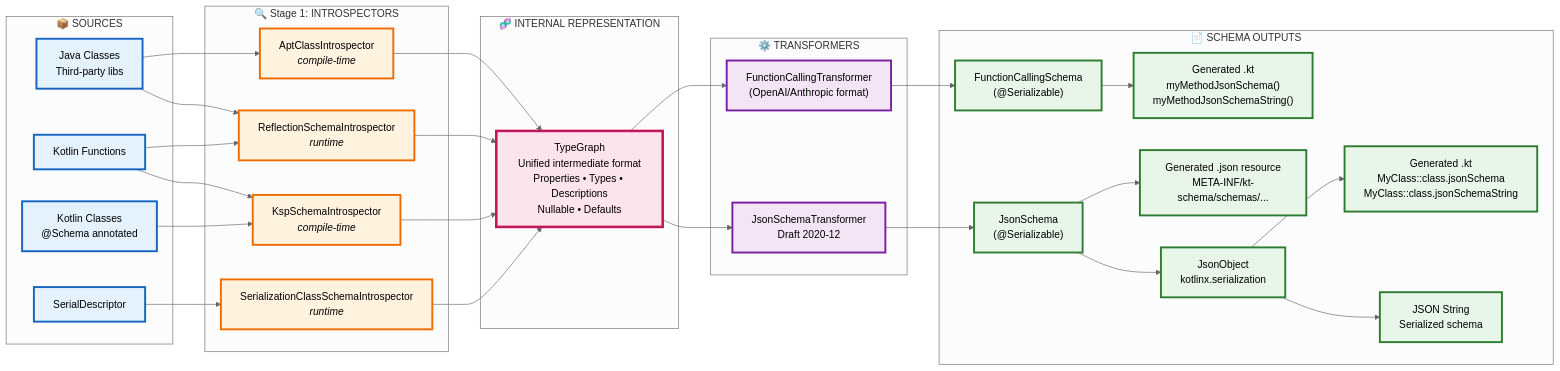
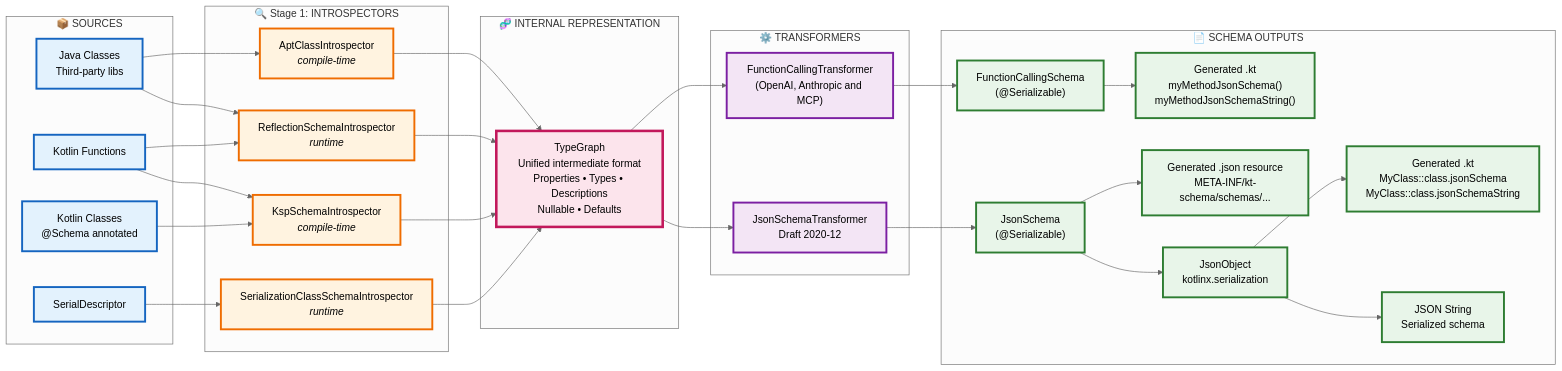
The first of 3 diagrams in docs/architecture.md (kpavlov/kt-schema), drawn with Mermaid (neutral theme) before and after one commit. The commit also changed other lines of this file and 34 other files, not shown here.

````diff
--- a/docs/architecture.md
+++ b/docs/architecture.md
@@ -31,70 +31,70 @@
 ```mermaid
 graph LR
     subgraph Sources["📦 SOURCES"]
         Java["Java Classes<br/>Third-party libs"]
         Functions["Kotlin Functions"]
         Kotlin["Kotlin Classes<br/>@Schema annotated"]
         KSerializer["SerialDescriptor"]
     end
 
     subgraph Introspectors["🔍 Stage 1: INTROSPECTORS"]
         KSP["KspSchemaIntrospector<br/><i>compile-time</i>"]
         Serialization["SerializationClassSchemaIntrospector<br/><i>runtime</i>"]
         Apt["AptClassIntrospector<br/><i>compile-time</i>"]
         Reflect["ReflectionSchemaIntrospector<br/><i>runtime</i>"]
     end
 
     subgraph IR["🧬 INTERNAL REPRESENTATION"]
         TypeGraph["TypeGraph<br/>Unified intermediate format<br/>Properties • Types • Descriptions<br/>Nullable • Defaults"]
     end
 
     subgraph Transformers["⚙️ TRANSFORMERS"]
         JsonTransform["JsonSchemaTransformer<br/>Draft 2020-12"]
-        FuncTransform["FunctionCallingTransformer<br/>(OpenAI/Anthropic format)"]
+        FuncTransform["FunctionCallingTransformer<br/>(OpenAI, Anthropic and MCP)"]
     end
 
     subgraph Output["📄 SCHEMA OUTPUTS"]
         KtClass["Generated .kt<br/>MyClass::class.jsonSchema<br/>MyClass::class.jsonSchemaString"]
         KtFunc["Generated .kt<br/>myMethodJsonSchema()<br/>myMethodJsonSchemaString()"]
         JsonSchema["JsonSchema<br/>(@Serializable)"]
         JsonObj["JsonObject<br/>kotlinx.serialization"]
         JsonStr["JSON String<br/>Serialized schema"]
         AptResource["Generated .json resource<br/>META-INF/kt-schema/schemas/..."]
         FuncSchema["FunctionCallingSchema<br/>(@Serializable)"]
     end
 
     Kotlin --> KSP
     KSerializer --> Serialization
     Java --> Reflect
     Java --> Apt
     Functions --> KSP
     Functions --> Reflect
 
     KSP --> TypeGraph
     Apt --> TypeGraph
     Reflect --> TypeGraph
     Serialization --> TypeGraph
 
     TypeGraph --> JsonTransform
     TypeGraph --> FuncTransform
 
     JsonTransform --> JsonSchema
     FuncTransform --> FuncSchema
     JsonSchema --> JsonObj
     JsonSchema --> AptResource
     FuncSchema --> KtFunc
     JsonObj --> JsonStr
     JsonObj --> KtClass
 
     classDef sourceStyle fill:#e3f2fd,stroke:#1565c0,stroke-width:3px,color:#000
     classDef introspectorStyle fill:#fff3e0,stroke:#ef6c00,stroke-width:3px,color:#000
     classDef irStyle fill:#fce4ec,stroke:#c2185b,stroke-width:4px,color:#000
     classDef transformStyle fill:#f3e5f5,stroke:#7b1fa2,stroke-width:3px,color:#000
     classDef outputStyle fill:#e8f5e9,stroke:#2e7d32,stroke-width:3px,color:#000
 
     class Kotlin,Java,JavaApt,Functions,KSerializer sourceStyle
     class KSP,Apt,Reflect,Serialization introspectorStyle
     class TypeGraph irStyle
     class JsonTransform,FuncTransform transformStyle
     class KtClass,KtFunc,JsonSchema,FuncSchema,JsonObj,JsonStr,AptResource outputStyle
 ```
````
